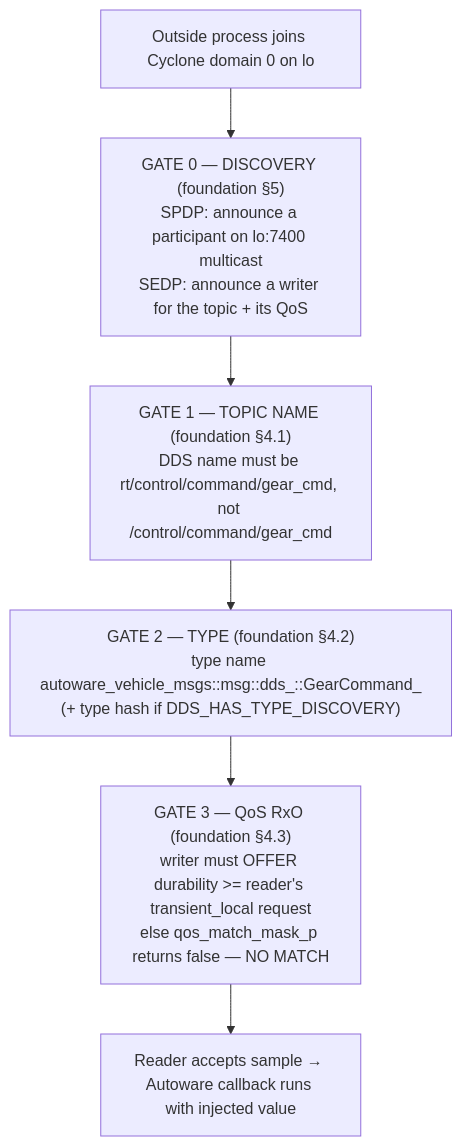
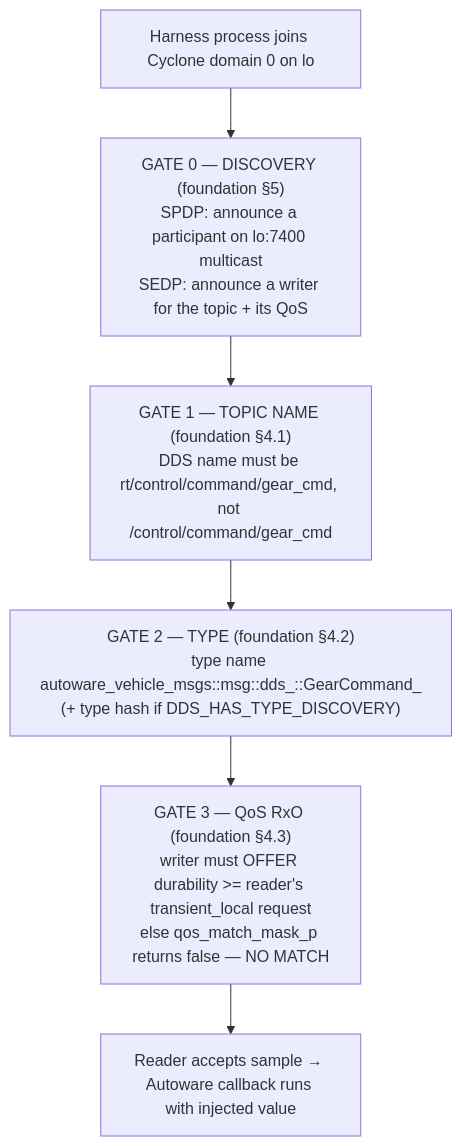
Before and after one commit to jpoanders/autoware-stack-notes: the diagram in awsim-study/reports/task-2-report.md, drawn with Mermaid. The commit also changed other lines of this file and 11 other files, not shown here.

````diff
--- a/awsim-study/reports/task-2-report.md
+++ b/awsim-study/reports/task-2-report.md
@@ -76,9 +94,9 @@
 ```mermaid
 flowchart TD
-  I["Outside process joins Cyclone domain 0 on lo"] --> D
+  I["Harness process joins Cyclone domain 0 on lo"] --> D
   D["GATE 0 — DISCOVERY (foundation §5)\nSPDP: announce a participant on lo:7400 multicast\nSEDP: announce a writer for the topic + its QoS"] --> N
   N["GATE 1 — TOPIC NAME (foundation §4.1)\nDDS name must be rt/control/command/gear_cmd, not /control/command/gear_cmd"] --> T
   T["GATE 2 — TYPE (foundation §4.2)\ntype name autoware_vehicle_msgs::msg::dds_::GearCommand_\n(+ type hash if DDS_HAS_TYPE_DISCOVERY)"] --> Q
   Q["GATE 3 — QoS RxO (foundation §4.3)\nwriter must OFFER durability >= reader's transient_local request\nelse qos_match_mask_p returns false — NO MATCH"] --> A
   A["Reader accepts sample → Autoware callback runs with injected value"]
 ```
````
